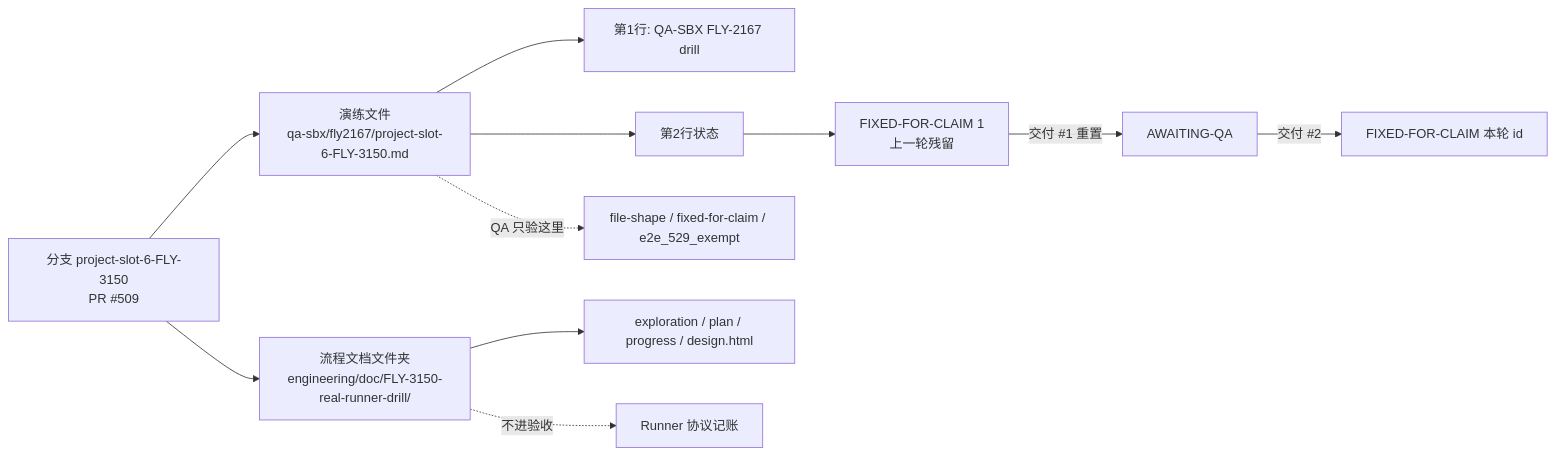
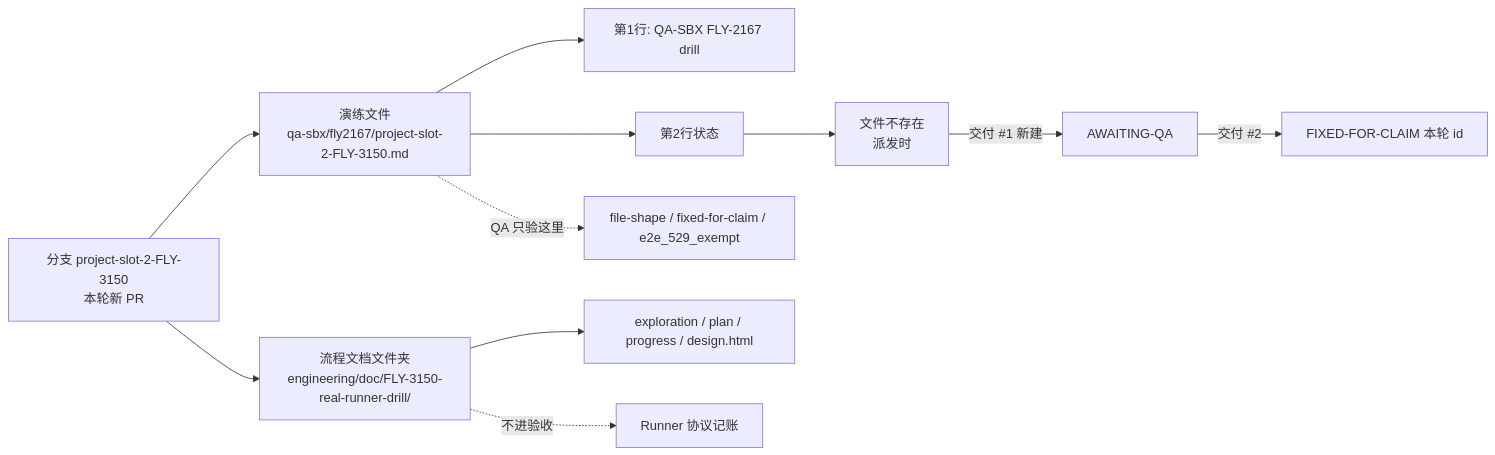
One commit to xrliAnnie/flywheel-qa-sandbox changed the diagram in engineering/doc/FLY-3150-real-runner-drill/d2-data-model.mmd. Above: the diagram before and after it, drawn with Mermaid. The commit also changed 4 other files, not shown here.

Commit message:
docs(qa-sbx): FLY-3150 slot-2 design HTML draft and diagrams

```diff
--- a/engineering/doc/FLY-3150-real-runner-drill/d2-data-model.mmd
+++ b/engineering/doc/FLY-3150-real-runner-drill/d2-data-model.mmd
@@ -1,11 +1,11 @@
 flowchart LR
-    B["分支 project-slot-6-FLY-3150<br/>PR #509"] --> T["演练文件<br/>qa-sbx/fly2167/project-slot-6-FLY-3150.md"]
+    B["分支 project-slot-2-FLY-3150<br/>本轮新 PR"] --> T["演练文件<br/>qa-sbx/fly2167/project-slot-2-FLY-3150.md"]
     B --> P["流程文档文件夹<br/>engineering/doc/FLY-3150-real-runner-drill/"]
     T --> L1["第1行: QA-SBX FLY-2167 drill"]
     T --> L2["第2行状态"]
-    L2 --> S0["FIXED-FOR-CLAIM 1<br/>上一轮残留"]
-    S0 -->|"交付 #1 重置"| S1["AWAITING-QA"]
+    L2 --> S0["文件不存在<br/>派发时"]
+    S0 -->|"交付 #1 新建"| S1["AWAITING-QA"]
     S1 -->|"交付 #2"| S2["FIXED-FOR-CLAIM 本轮 id"]
     P --> X["exploration / plan / progress / design.html"]
     T -. "QA 只验这里" .-> C["file-shape / fixed-for-claim / e2e_529_exempt"]
     P -. "不进验收" .-> N["Runner 协议记账"]
```
